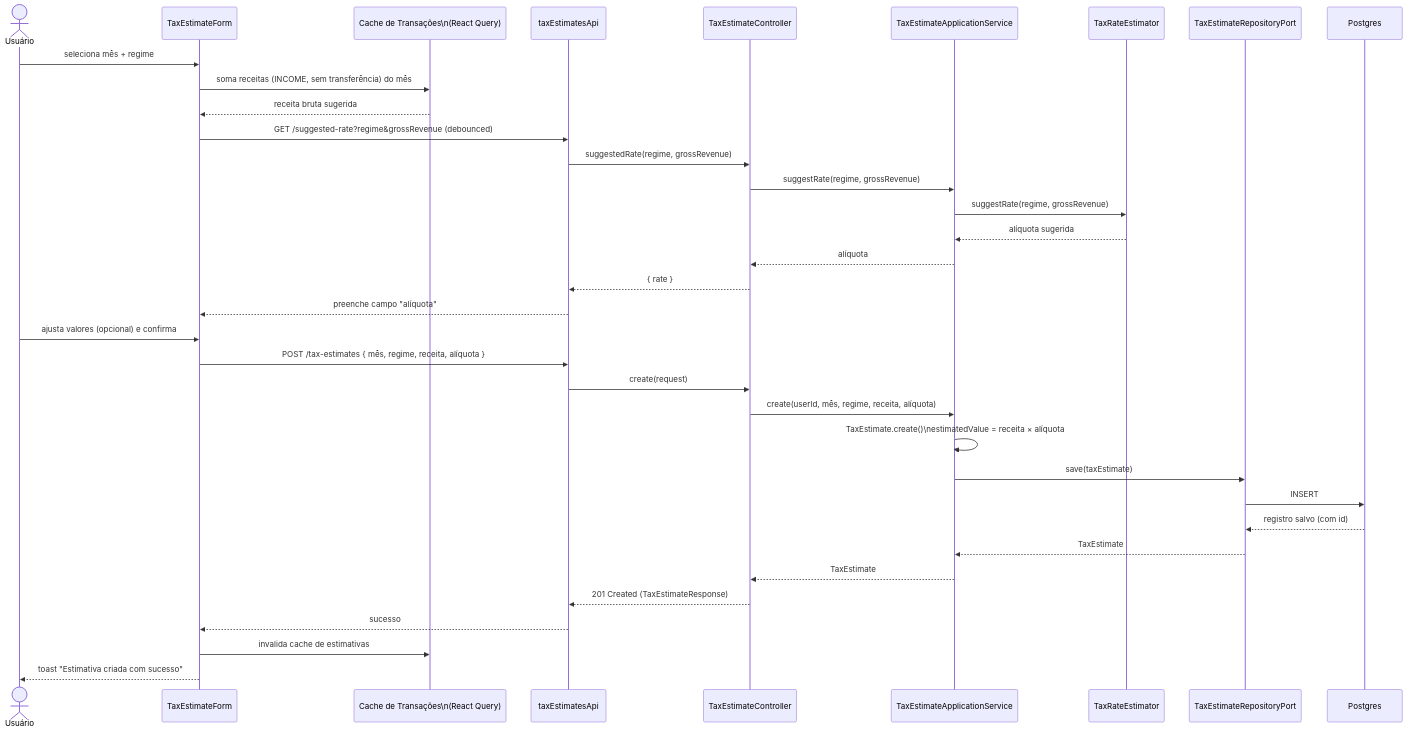
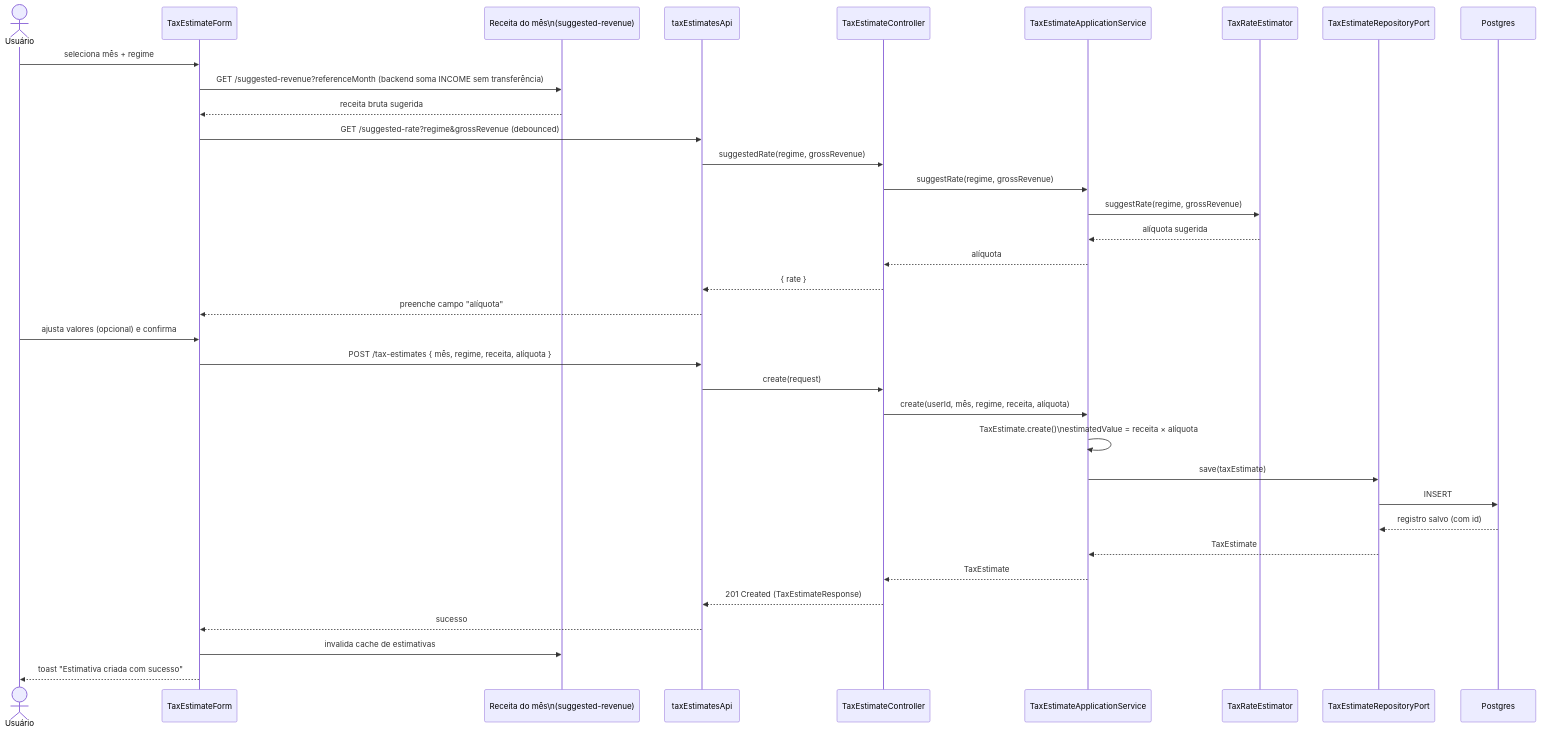
One commit to leozztto/LmfFinPro changed the third of 5 diagrams in docs/tecnica/fluxo-imposto-fluxo-caixa.md. Above: the diagram before and after it, drawn with Mermaid. The commit also changed other lines of this file and 55 other files, not shown here.

````diff
--- a/docs/tecnica/fluxo-imposto-fluxo-caixa.md
+++ b/docs/tecnica/fluxo-imposto-fluxo-caixa.md
@@ -101,39 +101,39 @@
 ```mermaid
 sequenceDiagram
     actor U as Usuário
     participant Form as TaxEstimateForm
-    participant TxCache as Cache de Transações\n(React Query)
+    participant TxCache as Receita do mês\n(suggested-revenue)
     participant API as taxEstimatesApi
     participant Ctrl as TaxEstimateController
     participant Svc as TaxEstimateApplicationService
     participant Est as TaxRateEstimator
     participant Repo as TaxEstimateRepositoryPort
     participant DB as Postgres
 
     U->>Form: seleciona mês + regime
-    Form->>TxCache: soma receitas (INCOME, sem transferência) do mês
+    Form->>TxCache: GET /suggested-revenue?referenceMonth (backend soma INCOME sem transferência)
     TxCache-->>Form: receita bruta sugerida
     Form->>API: GET /suggested-rate?regime&grossRevenue (debounced)
     API->>Ctrl: suggestedRate(regime, grossRevenue)
     Ctrl->>Svc: suggestRate(regime, grossRevenue)
     Svc->>Est: suggestRate(regime, grossRevenue)
     Est-->>Svc: alíquota sugerida
     Svc-->>Ctrl: alíquota
     Ctrl-->>API: { rate }
     API-->>Form: preenche campo "alíquota"
 
     U->>Form: ajusta valores (opcional) e confirma
     Form->>API: POST /tax-estimates { mês, regime, receita, alíquota }
     API->>Ctrl: create(request)
     Ctrl->>Svc: create(userId, mês, regime, receita, alíquota)
     Svc->>Svc: TaxEstimate.create()\nestimatedValue = receita × alíquota
     Svc->>Repo: save(taxEstimate)
     Repo->>DB: INSERT
     DB-->>Repo: registro salvo (com id)
     Repo-->>Svc: TaxEstimate
     Svc-->>Ctrl: TaxEstimate
     Ctrl-->>API: 201 Created (TaxEstimateResponse)
     API-->>Form: sucesso
     Form->>TxCache: invalida cache de estimativas
     Form-->>U: toast "Estimativa criada com sucesso"
 ```
````
